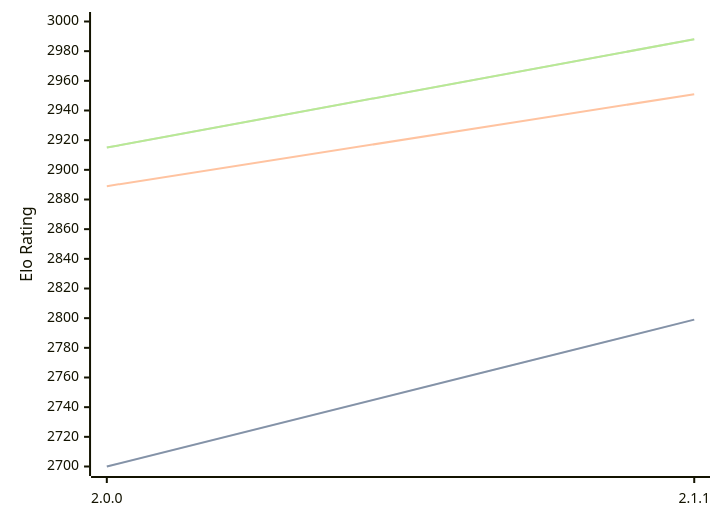
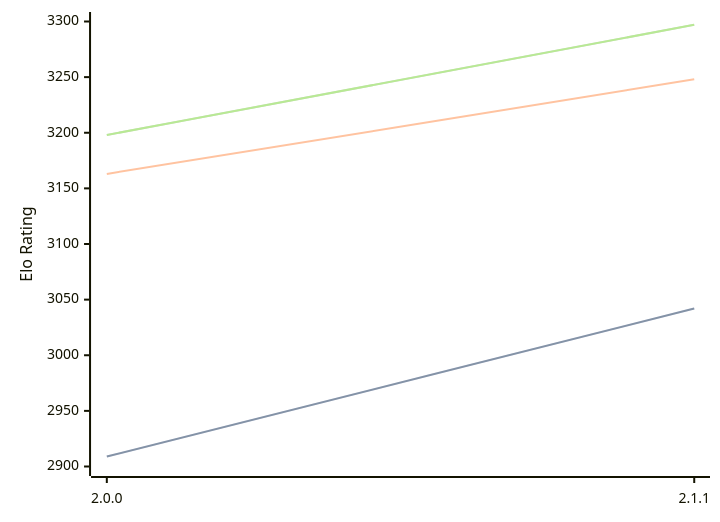
One commit to computer-chess-index/cci changed the diagram in engines/Bread.md. Above: the diagram before and after it, drawn with Mermaid. The commit also changed other lines of this file, not shown here.

Commit message:
Update CCI Ratings (ELO VLTC) - 2026-02-24

````diff
--- a/engines/Bread.md
+++ b/engines/Bread.md
@@ -47,11 +48,11 @@
 ```mermaid
 %%{init: {"theme":"base","themeVariables":{"seriesColors:['#a3a3a3','#222221','#faa371']}}}%%
 xychart-beta
   x-axis ["2.0.0", "2.1.1"]
-  y-axis "Elo Rating" 2700 --> 3000
-  line "STC (8.0+0.08s)" [2700, 2799]
-  line "STC (8.0+0.08s)" [2700, 2799]
-  line "LTC (60.0+0.60s)" [2889, 2951]
-  line "VLTC (2m24s+1.12s)" [2915, 2988]
-  line "VLTC (2m24s+1.12s)" [2915, 2988]
+  y-axis "Elo Rating" 2900 --> 3300
+  line "STC (8.0+0.08s)" [2909, 3042]
+  line "STC (8.0+0.08s)" [2909, 3042]
+  line "LTC (60.0+0.60s)" [3163, 3248]
+  line "VLTC (2m24s+1.12s)" [3198, 3297]
+  line "VLTC (2m24s+1.12s)" [3198, 3297]
 ```
````
